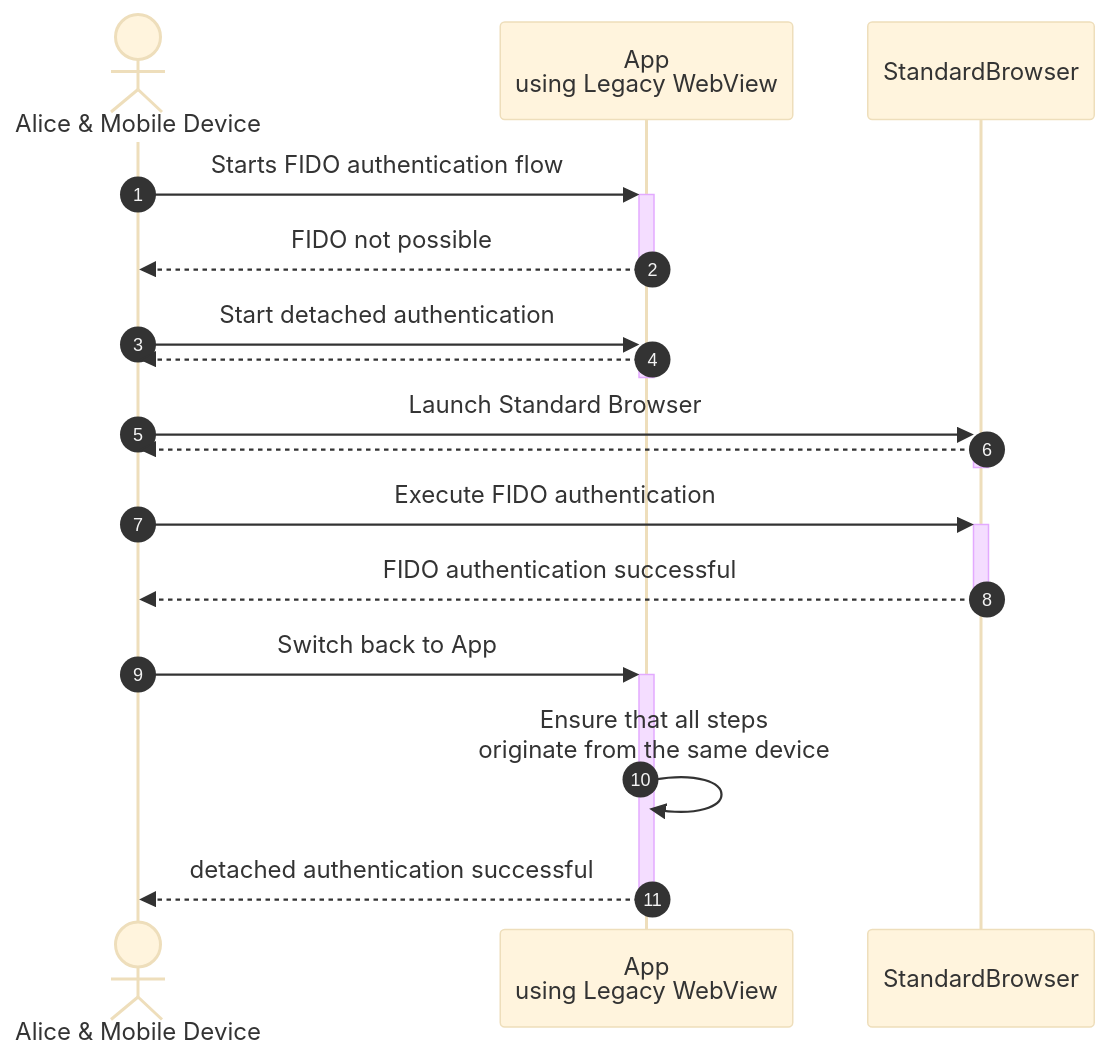
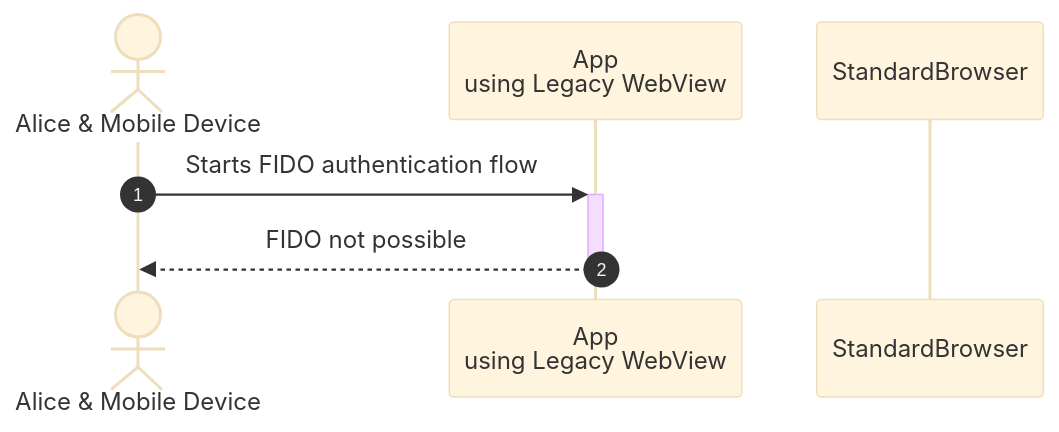
One commit to denniskniep/denniskniep.github.io changed the first of 2 diagrams in content/posts/01-detached-fido-authentication.md. Above: the diagram before and after it, drawn with Mermaid (base theme).

Commit message:
Troubleshoot mermaid syntax error

````diff
--- a/content/posts/01-detached-fido-authentication.md
+++ b/content/posts/01-detached-fido-authentication.md
@@ -45,23 +45,12 @@
 ```mermaid
+
 sequenceDiagram
     autonumber
     actor Alice as Alice & Mobile Device
     participant WebView as App<br/>using Legacy WebView
     participant Browser as StandardBrowser
  
     Alice->>+WebView: Starts FIDO authentication flow
     WebView-->>-Alice: FIDO not possible
 
-    Alice->>+WebView: Start detached authentication
-    WebView-->>-Alice: 
-
-    Alice->>+Browser: Launch Standard Browser
-    Browser-->>-Alice: 
-
-    Alice->>+Browser: Execute FIDO authentication
-    Browser-->>-Alice: FIDO authentication successful
-
-    Alice->>+WebView: Switch back to App
-    WebView->>WebView: Ensure that all steps <br> originate from the same device
-    WebView-->>-Alice: detached authentication successful
 ```
````
